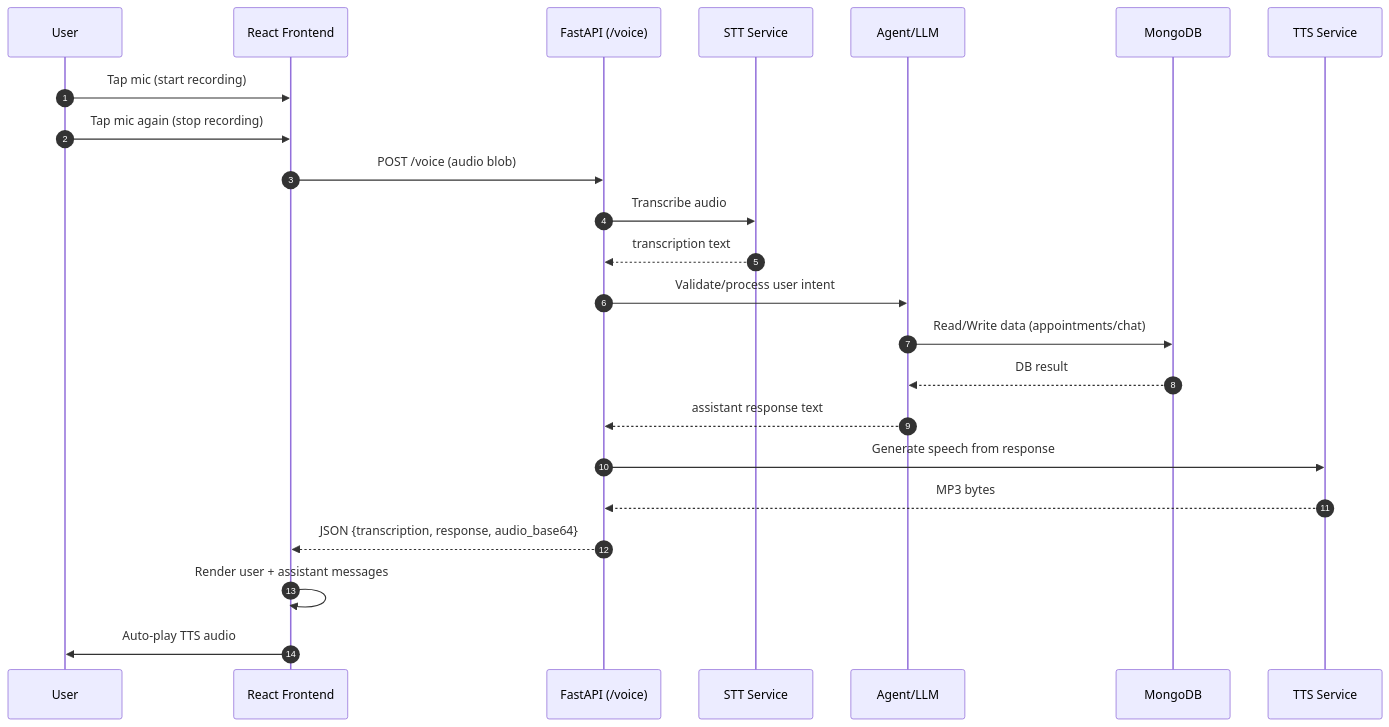
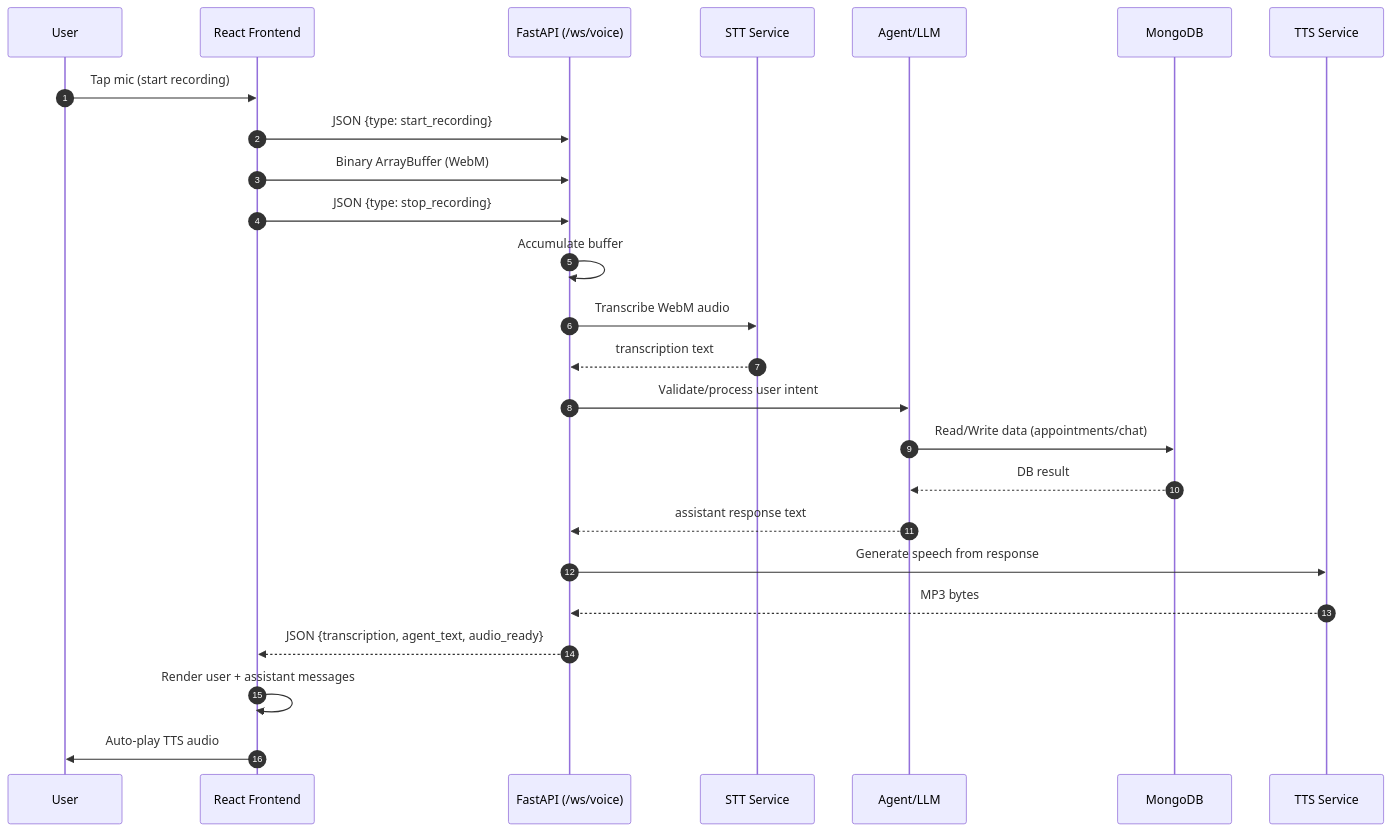
The first of 2 diagrams in frontend/README.md (charanp2006/demo-voice-agent), drawn with Mermaid before and after one commit. The commit also changed other lines of this file and 22 other files, not shown here.

Commit message:
Implemented ArrayBuffer for trnsfering audio instead base64

````diff
--- a/frontend/README.md
+++ b/frontend/README.md
@@ -368,26 +511,28 @@
 ```mermaid
 sequenceDiagram
   autonumber
   participant U as User
   participant FE as React Frontend
-  participant API as FastAPI (/voice)
+  participant API as FastAPI (/ws/voice)
   participant STT as STT Service
   participant AG as Agent/LLM
   participant DB as MongoDB
   participant TTS as TTS Service
 
   U->>FE: Tap mic (start recording)
-  U->>FE: Tap mic again (stop recording)
-  FE->>API: POST /voice (audio blob)
-  API->>STT: Transcribe audio
+  FE->>API: JSON {type: start_recording}
+  FE->>API: Binary ArrayBuffer (WebM)
+  FE->>API: JSON {type: stop_recording}
+  API->>API: Accumulate buffer
+  API->>STT: Transcribe WebM audio
   STT-->>API: transcription text
   API->>AG: Validate/process user intent
   AG->>DB: Read/Write data (appointments/chat)
   DB-->>AG: DB result
   AG-->>API: assistant response text
   API->>TTS: Generate speech from response
   TTS-->>API: MP3 bytes
-  API-->>FE: JSON {transcription, response, audio_base64}
+  API-->>FE: JSON {transcription, agent_text, audio_ready}
   FE->>FE: Render user + assistant messages
   FE->>U: Auto-play TTS audio
 ```
````
